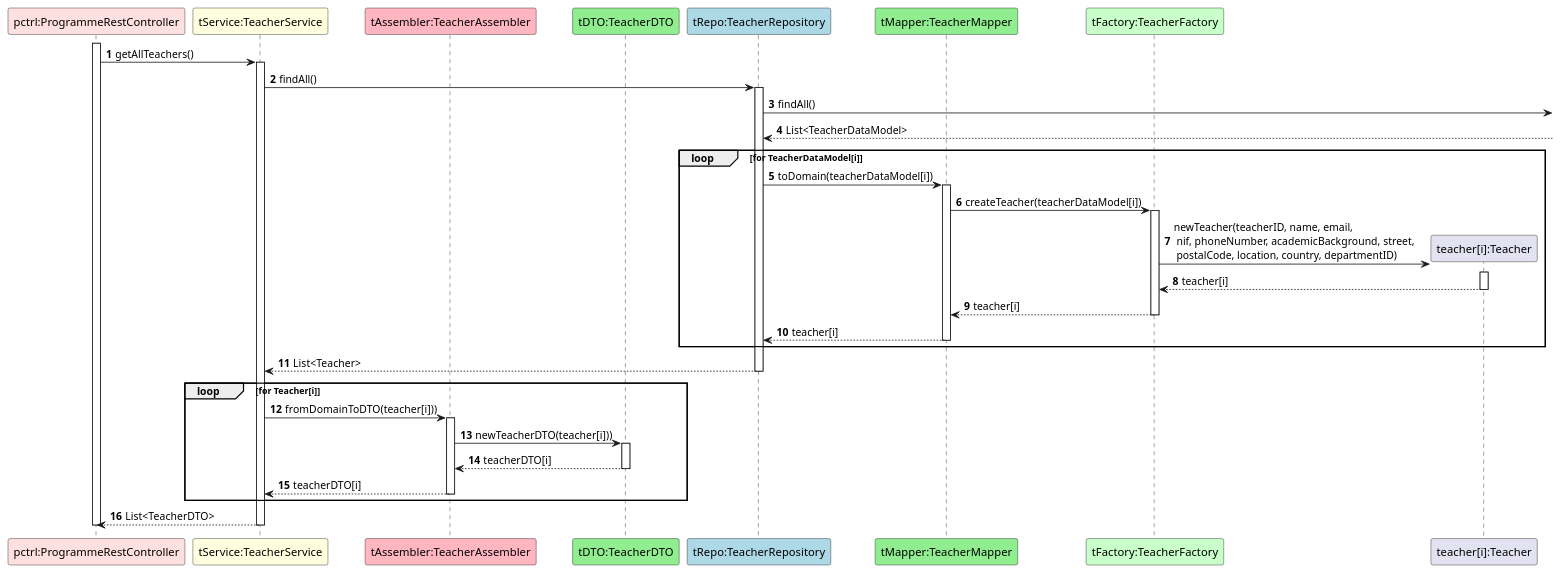
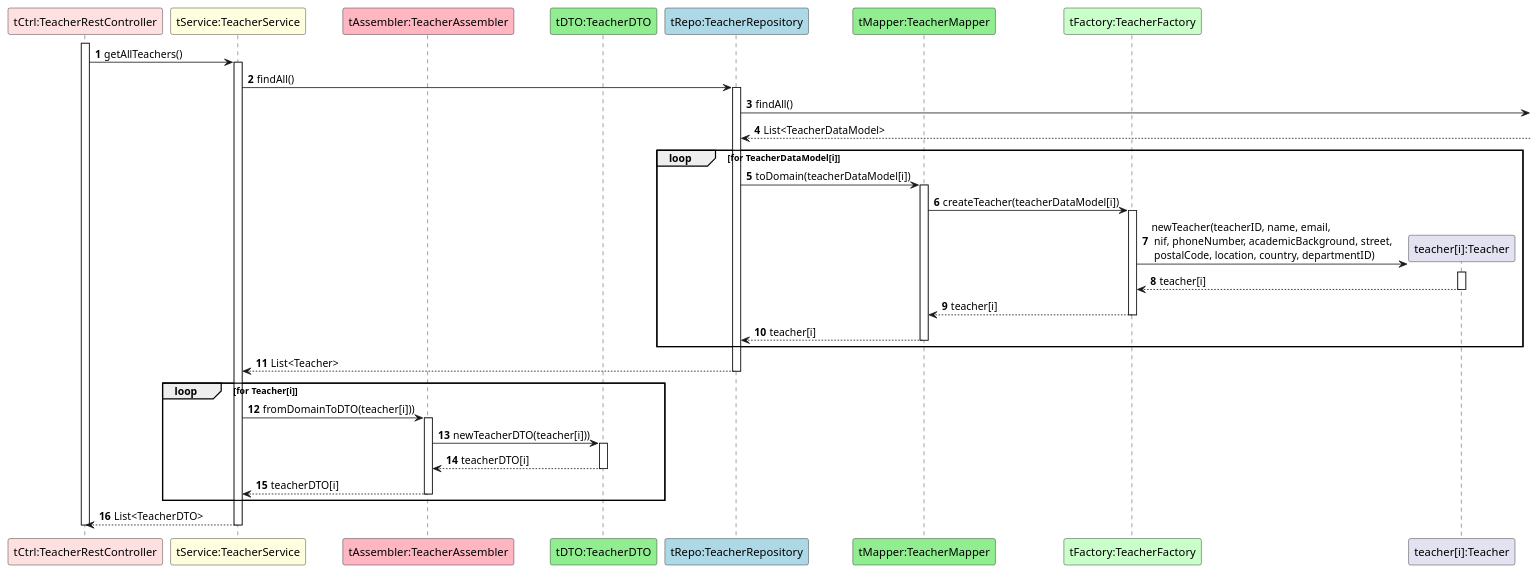
The diagram in docs/US31/ScenarioView/References/Ref-getAllTeachers.puml (GasparISEP/DevOps-PAI), drawn with PlantUML before and after one commit. The commit also changed 3 other files, not shown here.

Commit message:
Fix #653: Correction of RestController names in ScenarioView Level 4 diagrams and references for RegistarAProgrammeInTheSystem funcionality

```diff
--- a/docs/US31/ScenarioView/References/Ref-getAllTeachers.puml
+++ b/docs/US31/ScenarioView/References/Ref-getAllTeachers.puml
@@ -1,41 +1,41 @@
 @startuml
 autonumber
 
-participant "pctrl:ProgrammeRestController" as C #implementation
+participant "tCtrl:TeacherRestController" as C #implementation
 participant "tService:TeacherService" as TS #lightyellow
 participant "tAssembler:TeacherAssembler" as TA #lightpink
 participant "tDTO:TeacherDTO" as TDTO #lightgreen
 participant "tRepo:TeacherRepository" as TR #lightblue
 participant "tMapper:TeacherMapper" as M #lightgreen
 participant "tFactory:TeacherFactory" as TF #technology
 participant "teacher[i]:Teacher" as T
 
 activate C
 C -> TS ++: getAllTeachers()
 
 TS -> TR ++: findAll()
 
 TR -> : findAll()
 TR <-- : List<TeacherDataModel>
 
 loop for TeacherDataModel[i]
 TR -> M ++: toDomain(teacherDataModel[i])
 M -> TF ++: createTeacher(teacherDataModel[i])
 TF -> T**: newTeacher(teacherID, name, email, \n nif, phoneNumber, academicBackground, street, \n postalCode, location, country, departmentID)
 activate T
 T --> TF --: teacher[i]
 TF --> M --: teacher[i]
 M --> TR --: teacher[i]
 end
 
 TR --> TS --: List<Teacher>
 loop for Teacher[i]
 TS -> TA ++ :fromDomainToDTO(teacher[i]))
 TA -> TDTO ++: newTeacherDTO(teacher[i]))
 TDTO --> TA --: teacherDTO[i]
 TA --> TS --: teacherDTO[i]
 end
 
 TS --> C --: List<TeacherDTO>
 deactivate C
 @enduml
```
